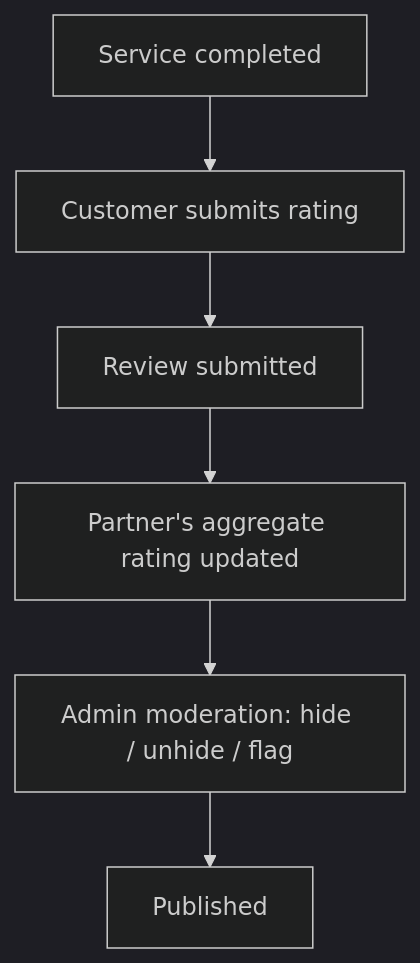
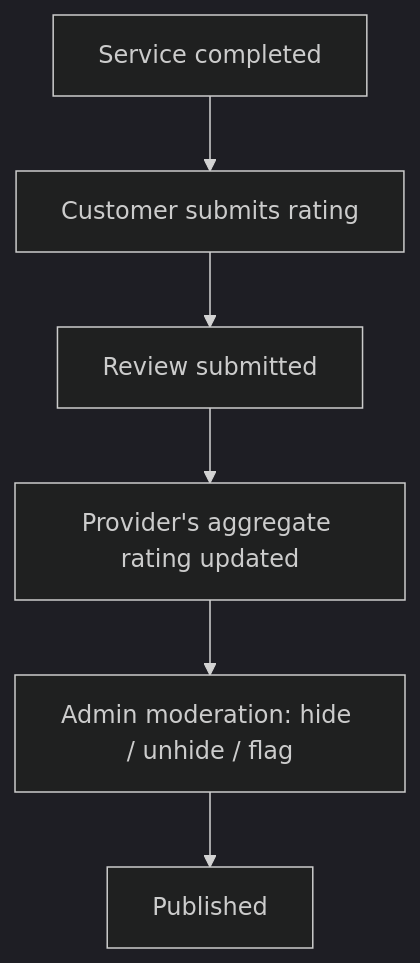
One commit to SantoshGitlab/nestly changed the seventh of 9 diagrams in docs/WORKFLOW.md. Above: the diagram before and after it, drawn with Mermaid (dark theme). The commit also changed other lines of this file and 488 other files, not shown here.

````diff
--- a/docs/WORKFLOW.md
+++ b/docs/WORKFLOW.md
@@ -199,8 +199,8 @@
 ```mermaid
 flowchart TD
     A[Service completed] --> B[Customer submits rating]
     B --> C[Review submitted]
-    C --> D[Partner's aggregate rating updated]
+    C --> D[Provider's aggregate rating updated]
     D --> E[Admin moderation: hide / unhide / flag]
     E --> F[Published]
 ```
````
